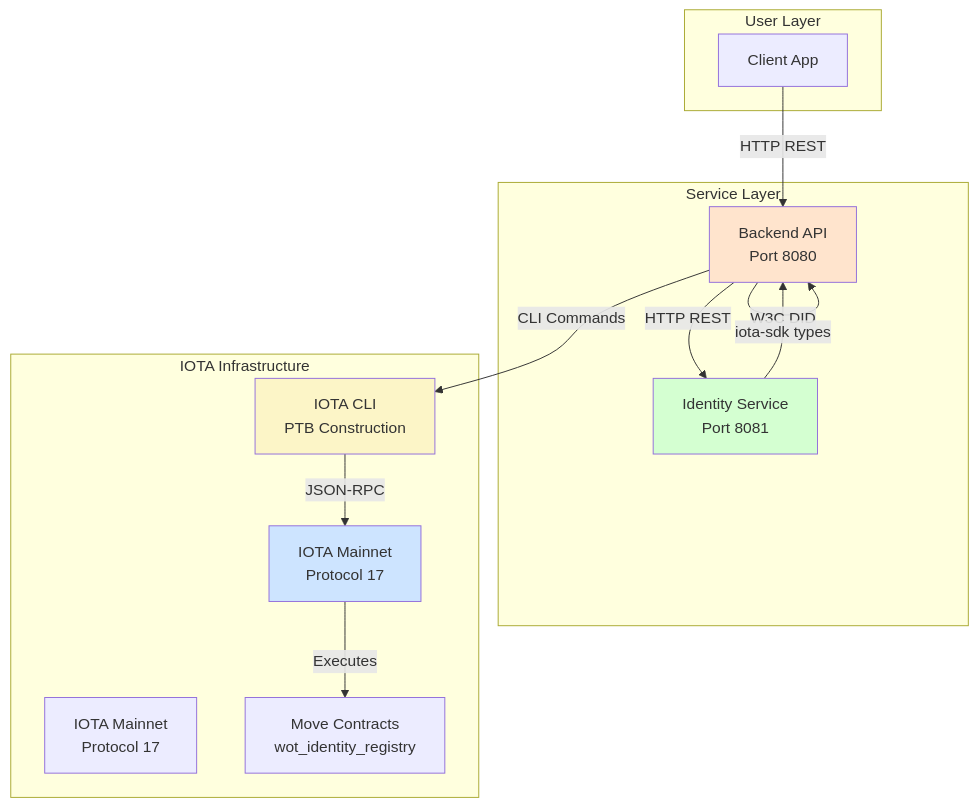
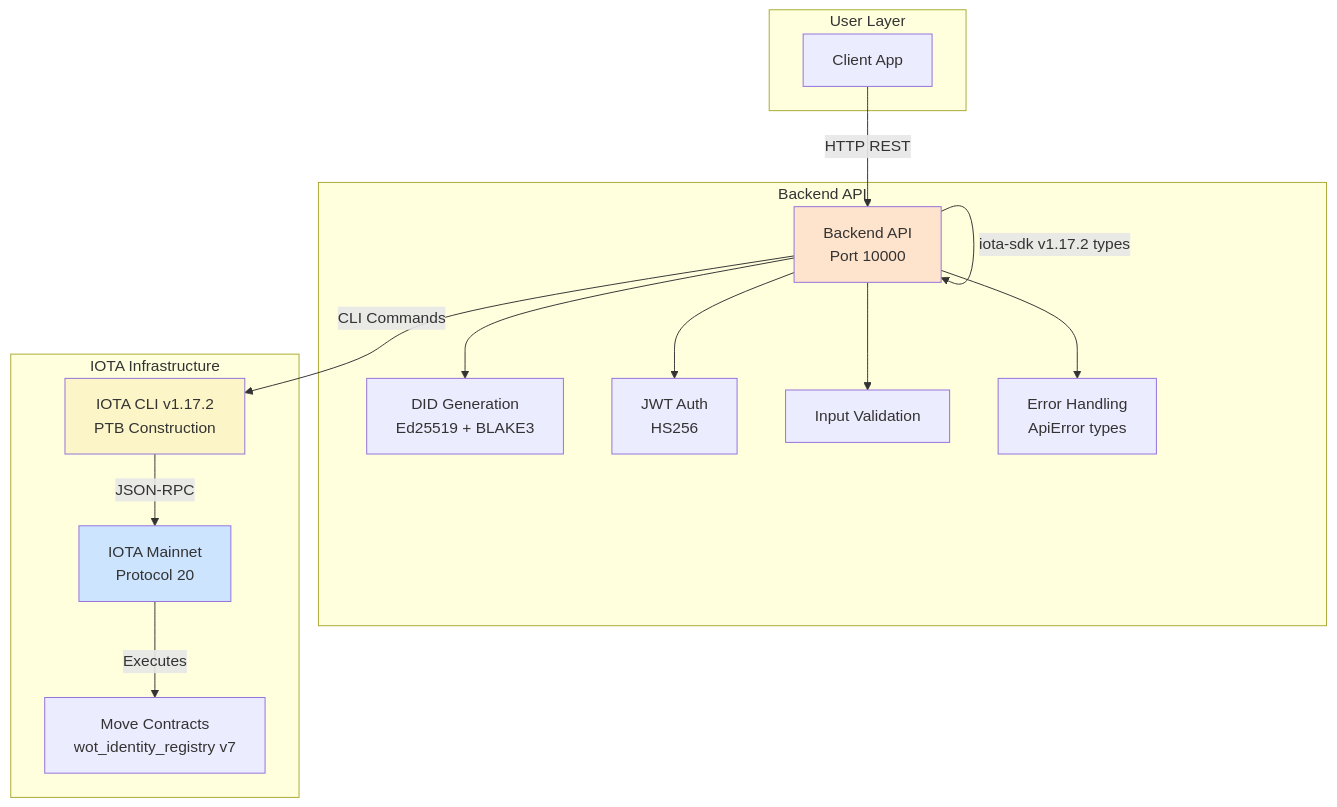
One commit to theweboftrust/wot.id-public-docs changed the first of 4 diagrams in 04_Backend_And_Identity_Service.md. Above: the diagram before and after it, drawn with Mermaid. The commit also changed other lines of this file, not shown here.

````diff
--- a/04_Backend_And_Identity_Service.md
+++ b/04_Backend_And_Identity_Service.md
@@ -36,31 +42,34 @@
 ```mermaid
 graph TD
     subgraph User Layer
         Client[Client App]
     end
 
-    subgraph Service Layer
-        Backend[Backend API<br/>Port 8080]
-        Identity[Identity Service<br/>Port 8081]
+    subgraph Backend API
+        Backend[Backend API<br/>Port 10000]
+        DID[DID Generation<br/>Ed25519 + BLAKE3]
+        Auth[JWT Auth<br/>HS256]
+        Validation[Input Validation]
+        ErrorHandling[Error Handling<br/>ApiError types]
     end
 
     subgraph IOTA Infrastructure
-        Mainnet[IOTA Mainnet<br/>Protocol 17]
-        Node[IOTA Mainnet<br/>Protocol 17]
-        CLI[IOTA CLI<br/>PTB Construction]
-        Contracts[Move Contracts<br/>wot_identity_registry]
+        Mainnet[IOTA Mainnet<br/>Protocol 20]
+        CLI[IOTA CLI v1.17.2<br/>PTB Construction]
+        Contracts[Move Contracts<br/>wot_identity_registry v7]
     end
 
     Client -- HTTP REST --> Backend
-    Backend -- HTTP REST --> Identity
+    Backend --> DID
+    Backend --> Auth
+    Backend --> Validation
+    Backend --> ErrorHandling
     Backend -- CLI Commands --> CLI
     CLI -- JSON-RPC --> Mainnet
     Mainnet -- Executes --> Contracts
-    Identity -- W3C DID --> Backend
-    Backend -- iota-sdk types --> Backend
+    Backend -- iota-sdk v1.17.2 types --> Backend
 
     style Backend fill:#ffe4cd
-    style Identity fill:#d4ffd1
     style Mainnet fill:#cde4ff
     style CLI fill:#fcf5c7
 ```
````
